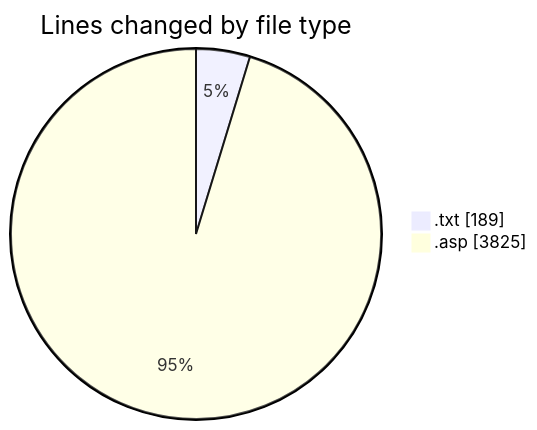
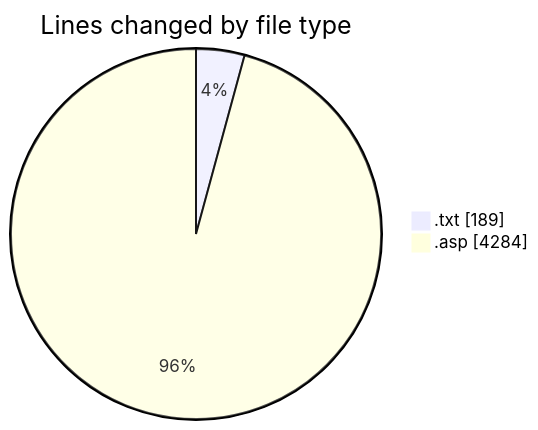
One commit to julien-gomy/code-tracking changed the first of 2 diagrams in 2025-11-07/cdp_aleoudev_fr__workspace_/README.md. Above: the diagram before and after it, drawn with Mermaid. The commit also changed other lines of this file and 1 other file, not shown here.

````diff
--- a/2025-11-07/cdp_aleoudev_fr__workspace_/README.md
+++ b/2025-11-07/cdp_aleoudev_fr__workspace_/README.md
@@ -25,6 +26,6 @@
 ```mermaid
 pie showData
 title Lines changed by file type
 ".txt" : 189
-".asp" : 3825
+".asp" : 4284
 ```
````
